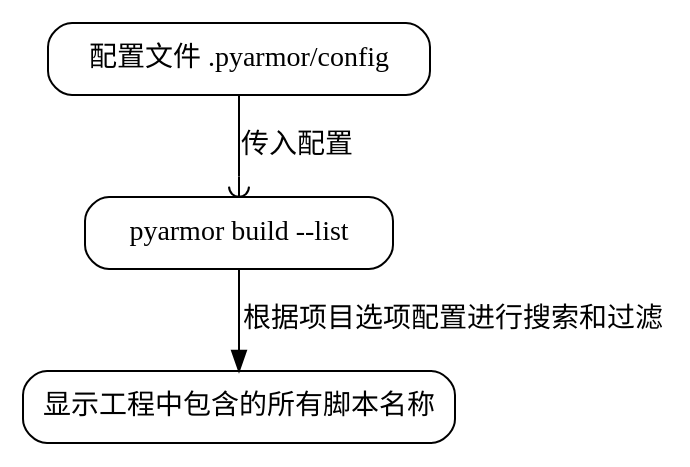
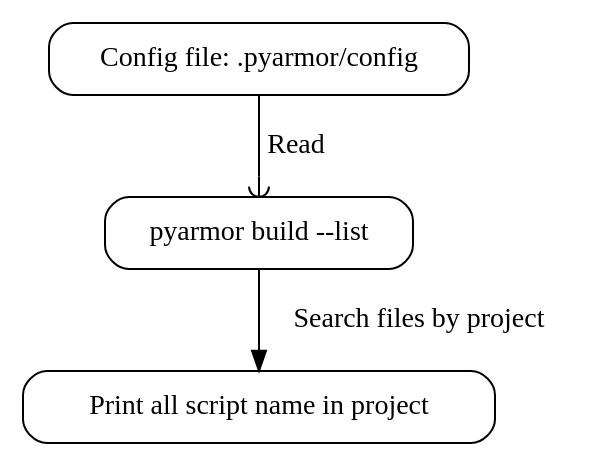
Before and after one commit to dashingsoft/dashingsoft.github.io: the fifth of 10 diagrams in pyarmor/learn/en/commands.rst, drawn with Graphviz. The commit also changed other lines of this file and 3 other files, not shown here.

```diff
--- a/pyarmor/learn/en/commands.rst
+++ b/pyarmor/learn/en/commands.rst
@@ -122,16 +119,16 @@
 .. graphviz::
-   :caption: 列出工程中包含的脚本/模块/包
+   :caption: List Project Scripts
    :align: center
    :name: g-list-project-items
 
    digraph G {
       node [shape=box, style=rounded, target="_top"]
 
-      conf [label="配置文件 .pyarmor/config"
-            href="../../docs/zh/configuration.html"]
+      conf [label="Config file: .pyarmor/config"
+            href="../../docs/en/configuration.html"]
       build [label="pyarmor build --list"]
-      items [label="显示工程中包含的所有脚本名称"]
+      items [label="Print all script name in project"]
 
-      conf -> build [label="传入配置" arrowhead=curve]
-      build -> items [label="根据项目选项配置进行搜索和过滤"]
+      conf -> build [label="Read" arrowhead=curve]
+      build -> items [label="Search files by project"]
    }
```
